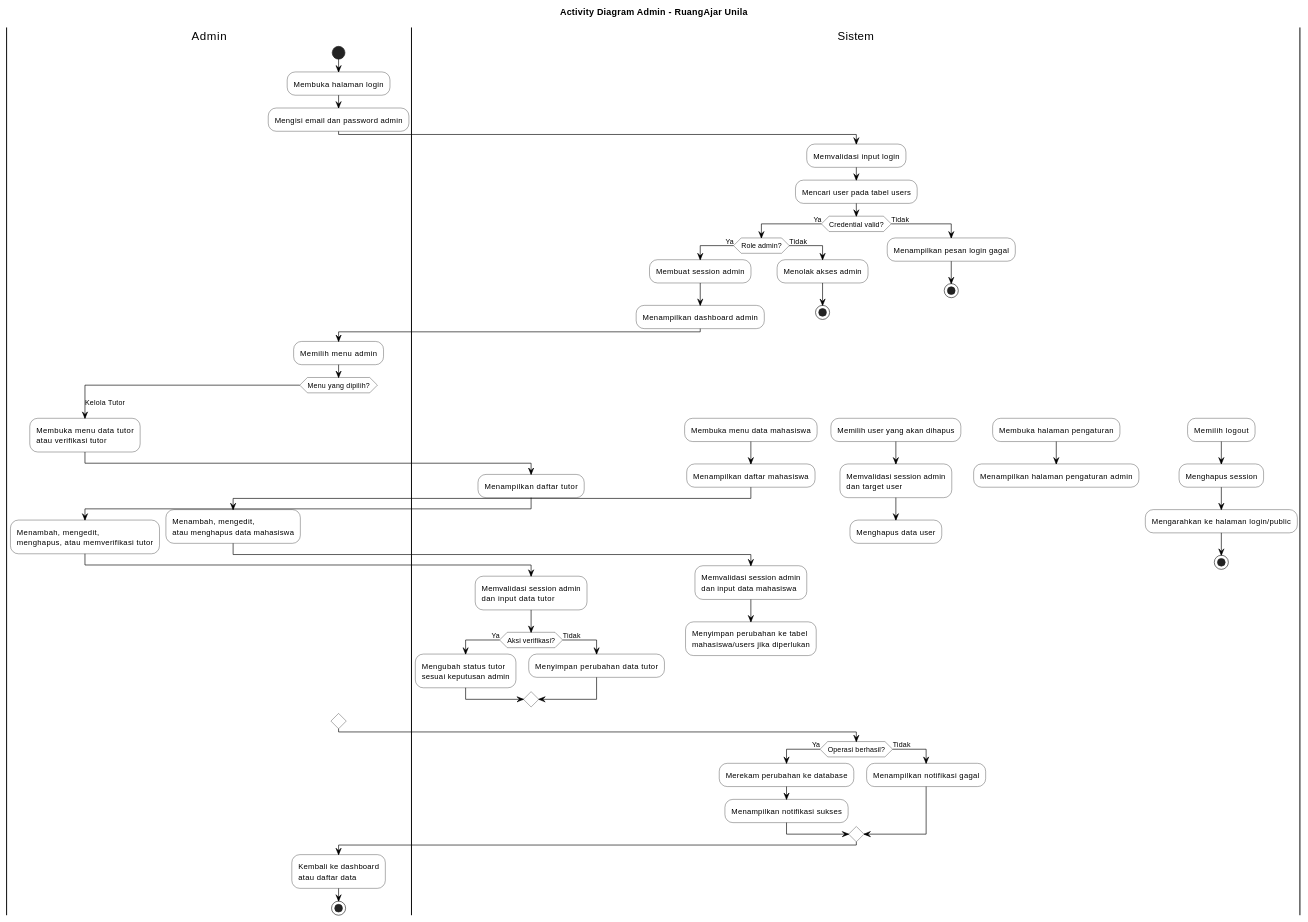
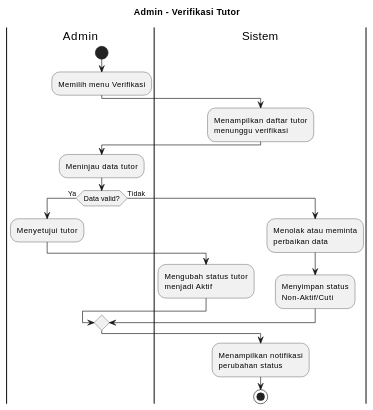
Before and after one commit to dhitoary/RuangAjar-Unila: the fourth of 4 diagrams in docs/activitydiagram-admin.md, drawn with PlantUML. The commit also changed other lines of this file and 10 other files, not shown here.

````diff
--- a/docs/activitydiagram-admin.md
+++ b/docs/activitydiagram-admin.md
@@ -1,93 +91,32 @@
 ```plantuml
 @startuml
-title Activity Diagram Admin - RuangAjar Unila
+title Admin - Verifikasi Tutor
 
 skinparam monochrome true
 skinparam shadowing false
-skinparam activity {
-  BackgroundColor white
-  BorderColor black
-  FontColor black
-  ArrowColor black
-}
-skinparam swimlane {
-  BorderColor black
-}
+skinparam defaultFontName Arial
 
 |Admin|
 start
-:Membuka halaman login;
-:Mengisi email dan password admin;
+:Memilih menu Verifikasi;
 
 |Sistem|
-:Memvalidasi input login;
-:Mencari user pada tabel users;
-if (Credential valid?) then (Ya)
-  if (Role admin?) then (Ya)
-    :Membuat session admin;
-    :Menampilkan dashboard admin;
-  else (Tidak)
-    :Menolak akses admin;
-    stop
-  endif
+:Menampilkan daftar tutor\nmenunggu verifikasi;
+
+|Admin|
+:Meninjau data tutor;
+if (Data valid?) then (Ya)
+  :Menyetujui tutor;
+  |Sistem|
+  :Mengubah status tutor\nmenjadi Aktif;
 else (Tidak)
-  :Menampilkan pesan login gagal;
-  stop
+  :Menolak atau meminta\nperbaikan data;
+  |Sistem|
+  :Menyimpan status\nNon-Aktif/Cuti;
 endif
 
-|Admin|
-:Memilih menu admin;
-
-switch (Menu yang dipilih?)
-case (Kelola Tutor)
-  :Membuka menu data tutor\natau verifikasi tutor;
-  |Sistem|
-  :Menampilkan daftar tutor;
-  |Admin|
-  :Menambah, mengedit,\nmenghapus, atau memverifikasi tutor;
-  |Sistem|
-  :Memvalidasi session admin\ndan input data tutor;
-  if (Aksi verifikasi?) then (Ya)
-    :Mengubah status tutor\nsesuai keputusan admin;
-  else (Tidak)
-    :Menyimpan perubahan data tutor;
-  endif
-case (Kelola Mahasiswa)
-  :Membuka menu data mahasiswa;
-  |Sistem|
-  :Menampilkan daftar mahasiswa;
-  |Admin|
-  :Menambah, mengedit,\natau menghapus data mahasiswa;
-  |Sistem|
-  :Memvalidasi session admin\ndan input data mahasiswa;
-  :Menyimpan perubahan ke tabel\nmahasiswa/users jika diperlukan;
-case (Hapus User)
-  :Memilih user yang akan dihapus;
-  |Sistem|
-  :Memvalidasi session admin\ndan target user;
-  :Menghapus data user;
-case (Pengaturan)
-  :Membuka halaman pengaturan;
-  |Sistem|
-  :Menampilkan halaman pengaturan admin;
-case (Logout)
-  :Memilih logout;
-  |Sistem|
-  :Menghapus session;
-  :Mengarahkan ke halaman login/public;
-  stop
-endswitch
-
 |Sistem|
-if (Operasi berhasil?) then (Ya)
-  :Merekam perubahan ke database;
-  :Menampilkan notifikasi sukses;
-else (Tidak)
-  :Menampilkan notifikasi gagal;
-endif
-
-|Admin|
-:Kembali ke dashboard\natau daftar data;
+:Menampilkan notifikasi\nperubahan status;
 stop
 @enduml
 ```
````
